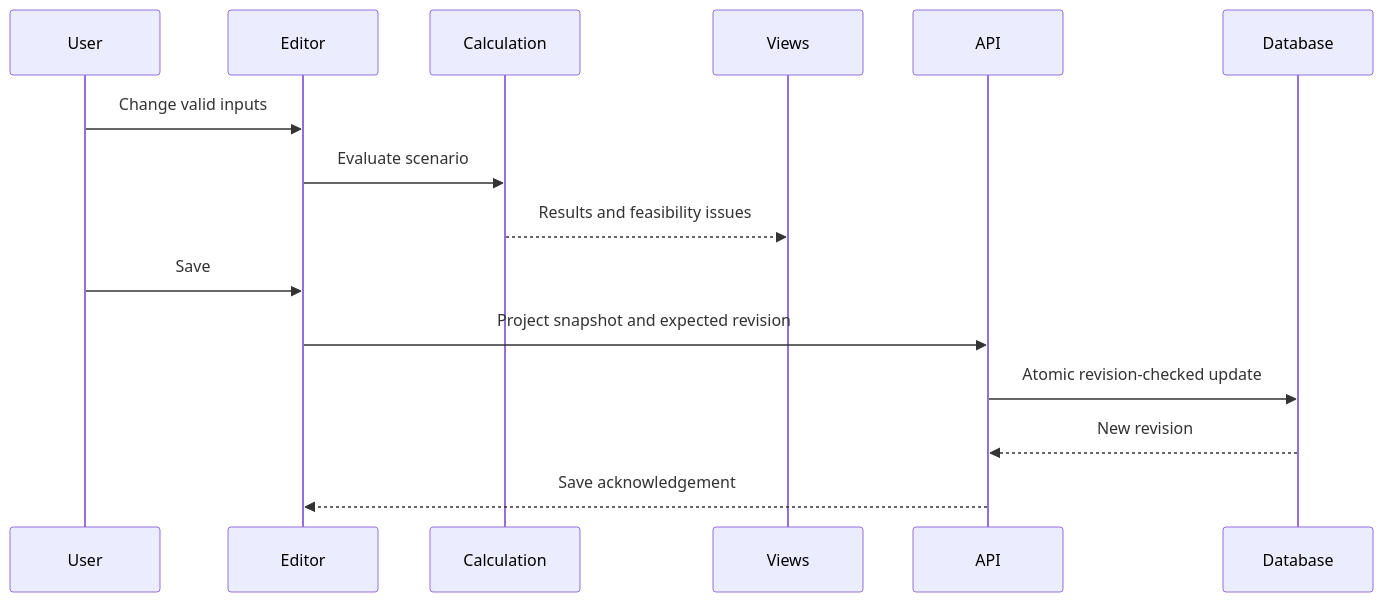
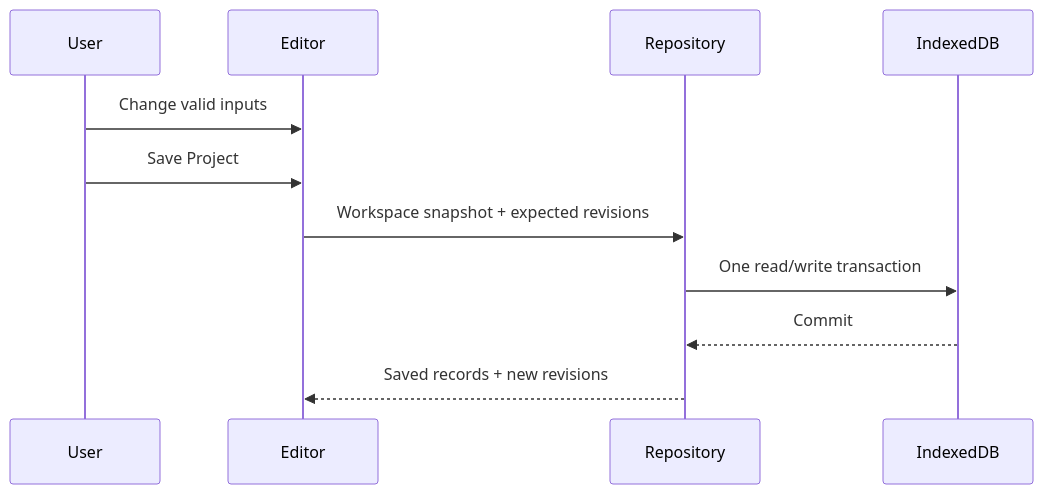
The second of 2 diagrams in docs/tech/architecture.md (The-Sims-Digipen/Fleet-Project), drawn with Mermaid before and after one commit. The commit also changed other lines of this file and 17 other files, not shown here.

````diff
--- a/docs/tech/architecture.md
+++ b/docs/tech/architecture.md
@@ -42,17 +41,13 @@
 ```mermaid
 sequenceDiagram
   participant User
   participant Editor
-  participant Calculation
-  participant Views
-  participant API
-  participant Database
+  participant Repository
+  participant IndexedDB
   User->>Editor: Change valid inputs
-  Editor->>Calculation: Evaluate scenario
-  Calculation-->>Views: Results and feasibility issues
-  User->>Editor: Save
-  Editor->>API: Project snapshot and expected revision
-  API->>Database: Atomic revision-checked update
-  Database-->>API: New revision
-  API-->>Editor: Save acknowledgement
+  User->>Editor: Save Project
+  Editor->>Repository: Workspace snapshot + expected revisions
+  Repository->>IndexedDB: One read/write transaction
+  IndexedDB-->>Repository: Commit
+  Repository-->>Editor: Saved records + new revisions
 ```
````
